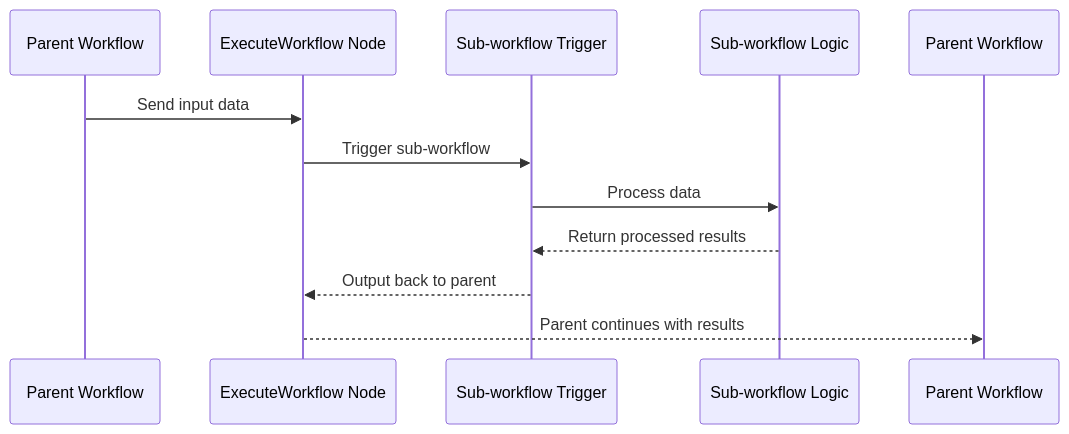
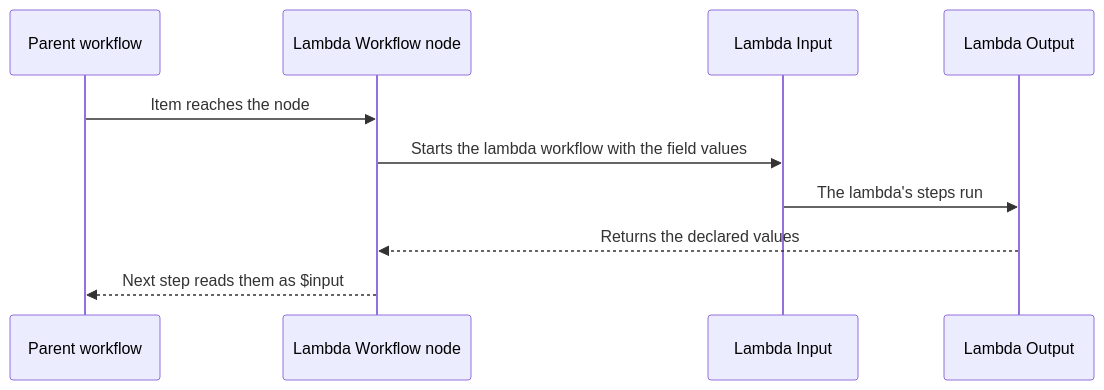
The diagram in src/content/docs/concepts/flow/lambdaworkflows.mdx (agentic-com/Agentic-Flow-Doc), drawn with Mermaid before and after one commit. The commit also changed other lines of this file and 36 other files, not shown here.

````diff
--- a/src/content/docs/concepts/flow/lambdaworkflows.mdx
+++ b/src/content/docs/concepts/flow/lambdaworkflows.mdx
@@ -50,15 +48,13 @@
 ```mermaid
 sequenceDiagram
-  participant Parent as Parent Workflow
-  participant Execute as ExecuteWorkflow Node
-  participant SubTrigger as Sub-workflow Trigger
-  participant SubLogic as Sub-workflow Logic
-  participant ParentResume as Parent Workflow
+  participant Parent as Parent workflow
+  participant Node as Lambda Workflow node
+  participant In as Lambda Input
+  participant Out as Lambda Output
 
-  Parent->>Execute: Send input data
-  Execute->>SubTrigger: Trigger sub-workflow
-  SubTrigger->>SubLogic: Process data
-  SubLogic-->>SubTrigger: Return processed results
-  SubTrigger-->>Execute: Output back to parent
-  Execute-->>ParentResume: Parent continues with results
+  Parent->>Node: Item reaches the node
+  Node->>In: Starts the lambda workflow with the field values
+  In->>Out: The lambda's steps run
+  Out-->>Node: Returns the declared values
+  Node-->>Parent: Next step reads them as $input
 ```
````
